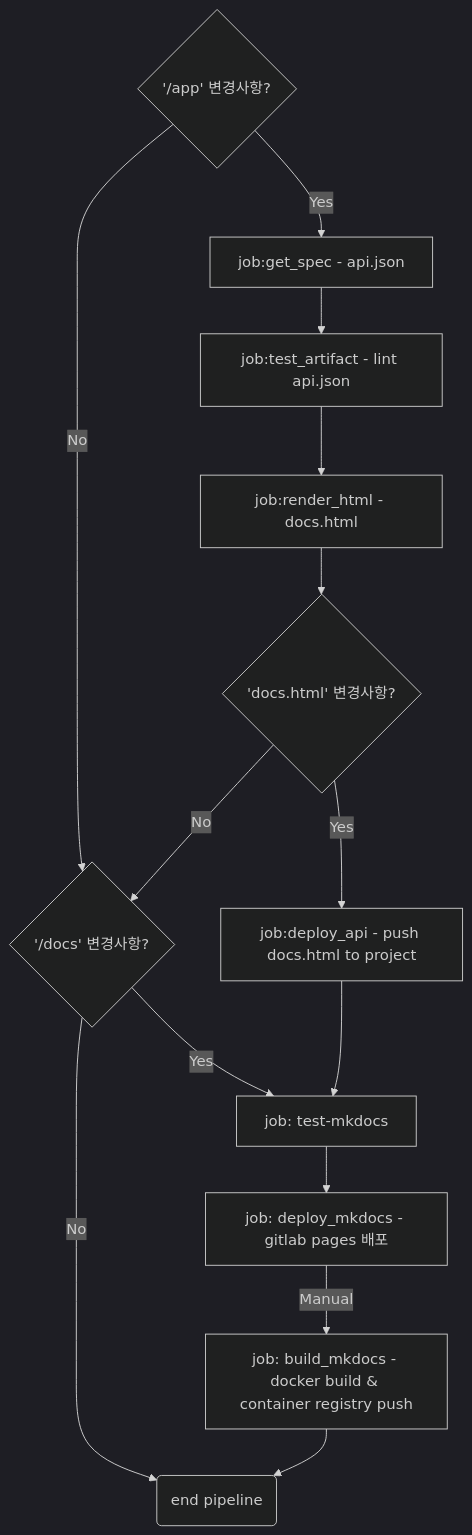
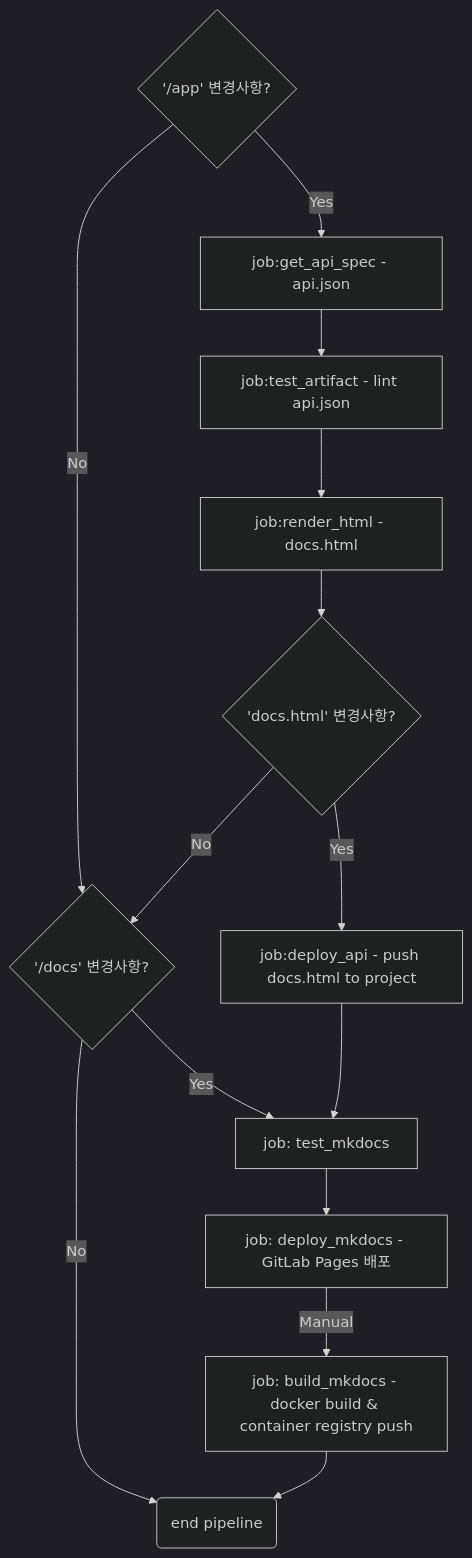
The diagram in docs/docs/guide/mkdocs.md (ThirdActiveDataExTech/RelationalSchemaMatching), drawn with Mermaid (dark theme) before and after one commit. The commit also changed other lines of this file and 19 other files, not shown here.

Commit message:
FEAT: mkdocs 문서 수정 및 test, lint stage rules 설정

````diff
--- a/docs/docs/guide/mkdocs.md
+++ b/docs/docs/guide/mkdocs.md
@@ -46,16 +44,16 @@
 ``` mermaid
 graph TD
-    B{'/app' 변경사항?} -->|Yes| C[job:get_spec - api.json];
+    B{'/app' 변경사항?} -->|Yes| C[job:get_api_spec - api.json];
     B --> |No| N1{'/docs' 변경사항?};
-    N1 --> |Yes| H[job: test-mkdocs]
+    N1 --> |Yes| H[job: test_mkdocs]
     N1 --> |No| K(end pipeline)
     C --> D[job:test_artifact - lint api.json];
     D --> E[job:render_html - docs.html];
     E --> F{'docs.html' 변경사항?};
     F --> |Yes| G[job:deploy_api - push docs.html to project];
     F --> |No| N1;
     G --> H
-    H --> I[job: deploy_mkdocs - gitlab pages 배포]
+    H --> I[job: deploy_mkdocs - GitLab Pages 배포]
     I --> |Manual| J[job: build_mkdocs - docker build & container registry push]
     J --> K
 ```
````
